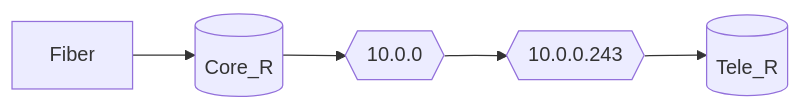
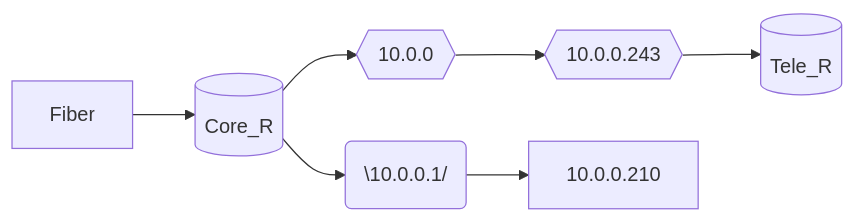
The second of 2 diagrams in Topology.md (notkasim/DOCS), drawn with Mermaid before and after one commit.

````diff
--- a/Topology.md
+++ b/Topology.md
@@ -18,14 +18,20 @@
 ```mermaid
 graph LR;
     core[(Core_R)]
     tele2[(Tele_R)]
     core_link{{10.0.0}}
     tele_link{{10.0.0.243}}
+    core_gw(\10.0.0.1/)
+
     
     Fiber-->core
     core-->core_link
     core_link-->tele_link
     tele_link-->tele2
 
+    core-->core_gw-->10.0.0.210
+
+
+
 
 ```
````
